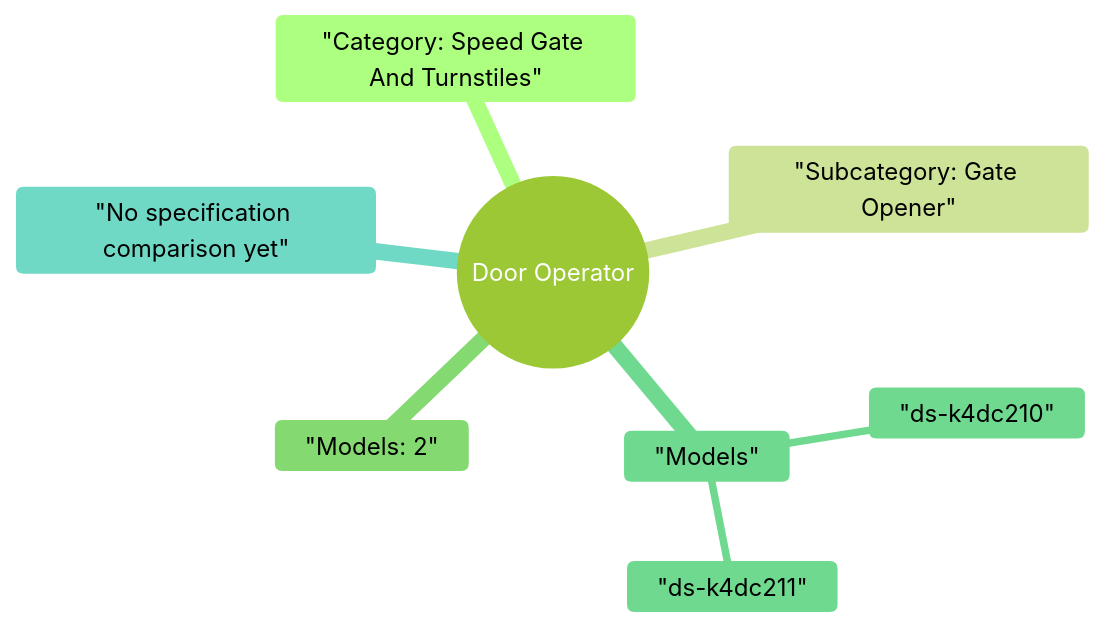
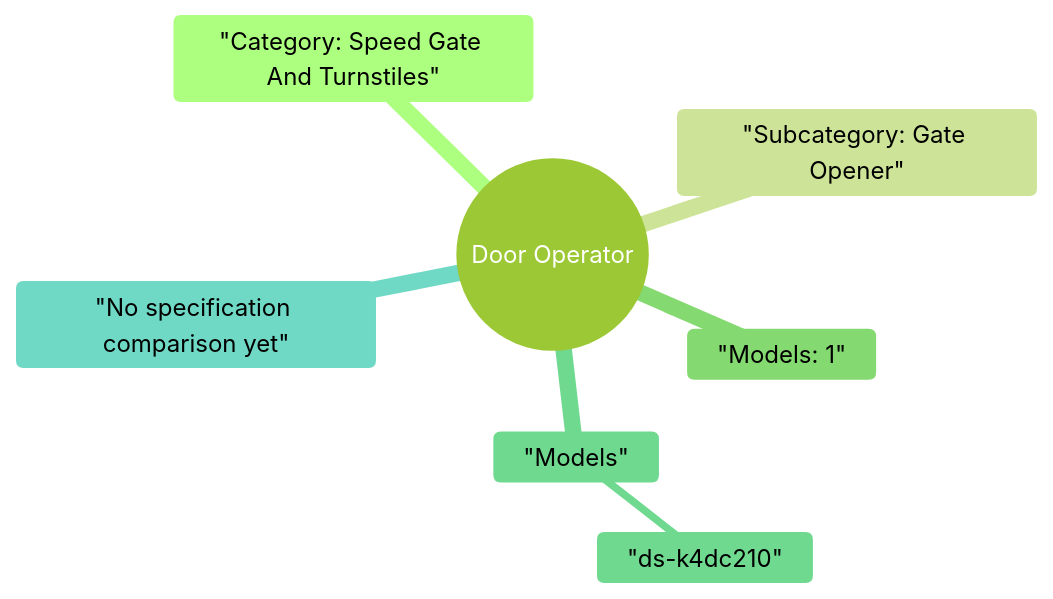
The diagram in site/mindmaps/en-speed-gate-and-turnstiles-gate-opener-door-operator.mmd (123321step/hikvision-product-map), drawn with Mermaid (forest theme) before and after one commit. The commit also changed 136 other files, not shown here.

```diff
--- a/site/mindmaps/en-speed-gate-and-turnstiles-gate-opener-door-operator.mmd
+++ b/site/mindmaps/en-speed-gate-and-turnstiles-gate-opener-door-operator.mmd
@@ -1,9 +1,8 @@
 mindmap
   root(("Door Operator"))
     "Category: Speed Gate And Turnstiles"
     "Subcategory: Gate Opener"
-    "Models: 2"
+    "Models: 1"
     "Models"
       "ds-k4dc210"
-      "ds-k4dc211"
     "No specification comparison yet"
```
